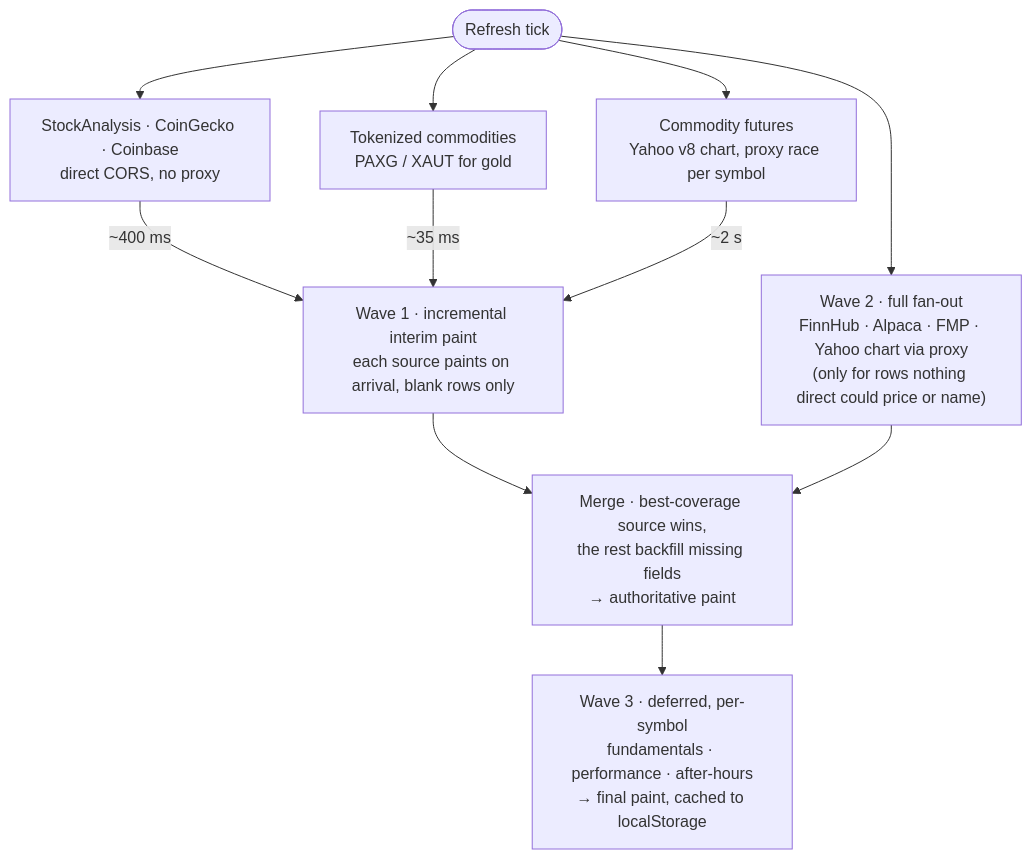
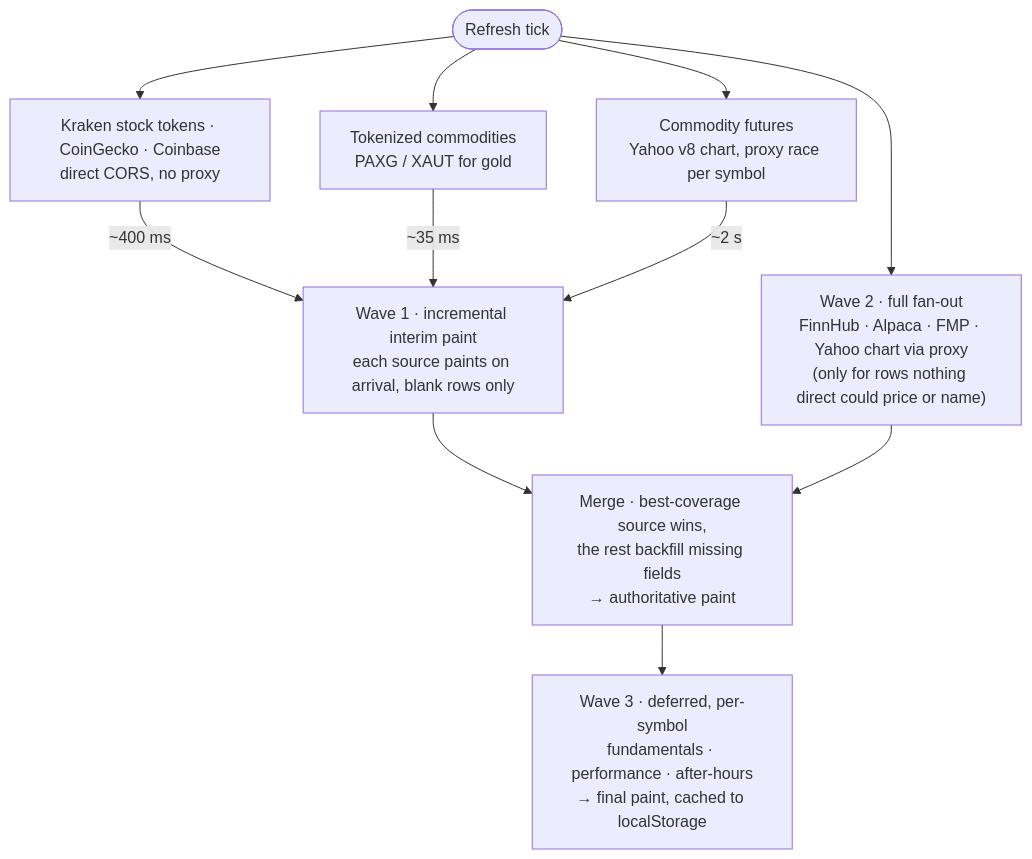
One commit to gdy/PortfolioTracker changed the diagram in README.md. Above: the diagram before and after it, drawn with Mermaid. The commit also changed other lines of this file and 1 other file, not shown here.

First line of the commit message:
Price keyless stocks from Kraken's tokens now that StockAnalysis is gone

````diff
--- a/README.md
+++ b/README.md
@@ -68,13 +68,13 @@
 ```mermaid
 flowchart TD
-    T([Refresh tick]) --> S["StockAnalysis · CoinGecko · Coinbase<br/>direct CORS, no proxy"]
+    T([Refresh tick]) --> S["Kraken stock tokens · CoinGecko · Coinbase<br/>direct CORS, no proxy"]
     T --> G["Tokenized commodities<br/>PAXG / XAUT for gold"]
     T --> C["Commodity futures<br/>Yahoo v8 chart, proxy race per symbol"]
     T --> W2["Wave 2 · full fan-out<br/>FinnHub · Alpaca · FMP · Yahoo chart via proxy<br/>(only for rows nothing direct could price or name)"]
     S -->|"~400 ms"| P["Wave 1 · incremental interim paint<br/>each source paints on arrival, blank rows only"]
     G -->|"~35 ms"| P
     C -->|"~2 s"| P
     P --> M["Merge · best-coverage source wins,<br/>the rest backfill missing fields<br/>→ authoritative paint"]
     W2 --> M
     M --> D["Wave 3 · deferred, per-symbol<br/>fundamentals · performance · after-hours<br/>→ final paint, cached to localStorage"]
 ```
````
